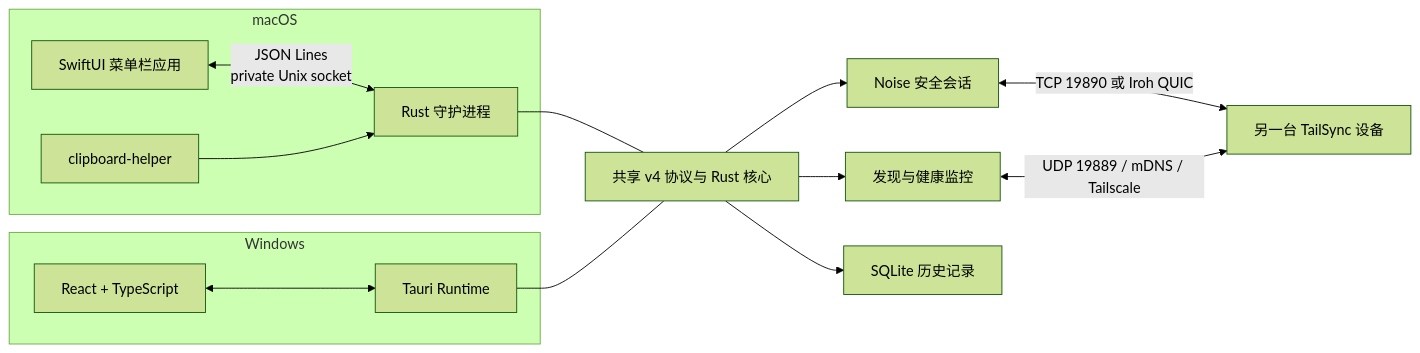
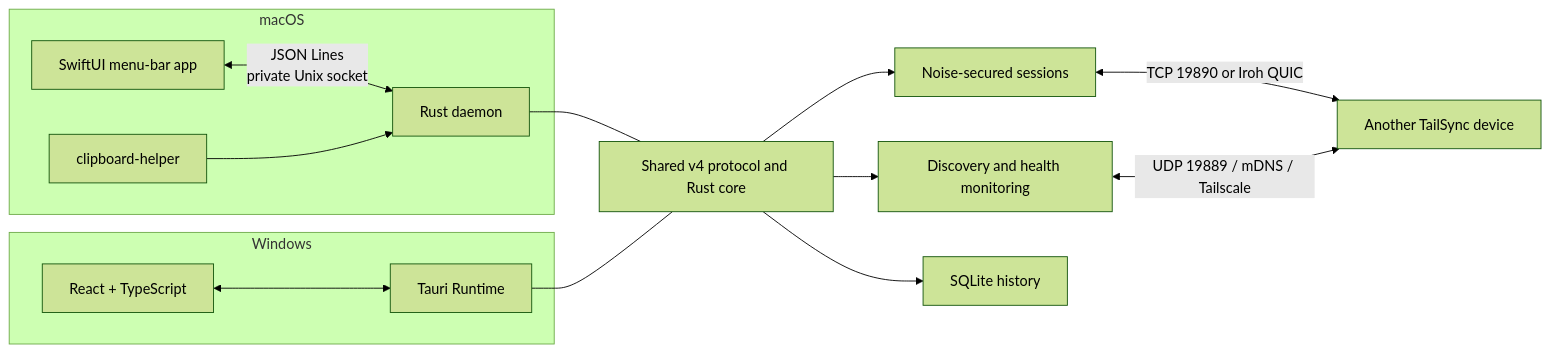
One commit to monet4070/TailSync changed the diagram in README.md. Above: the diagram before and after it, drawn with Mermaid (forest theme). The commit also changed other lines of this file and 5 other files, not shown here.

````diff
--- a/README.md
+++ b/README.md
@@ -71,24 +74,24 @@
 ```mermaid
 flowchart LR
     subgraph Mac[macOS]
-        S[SwiftUI 菜单栏应用]
-        D[Rust 守护进程]
+        S[SwiftUI menu-bar app]
+        D[Rust daemon]
         H[clipboard-helper]
         S <-->|JSON Lines<br/>private Unix socket| D
         H --> D
     end
 
     subgraph Win[Windows]
         R[React + TypeScript]
         T[Tauri Runtime]
         R <--> T
     end
 
-    D --- C[共享 v4 协议与 Rust 核心]
+    D --- C[Shared v4 protocol and Rust core]
     T --- C
-    C --> P[发现与健康监控]
-    C --> N[Noise 安全会话]
-    C --> DB[SQLite 历史记录]
-    N <-->|TCP 19890 或 Iroh QUIC| Peer[另一台 TailSync 设备]
+    C --> P[Discovery and health monitoring]
+    C --> N[Noise-secured sessions]
+    C --> DB[SQLite history]
+    N <-->|TCP 19890 or Iroh QUIC| Peer[Another TailSync device]
     P <-->|UDP 19889 / mDNS / Tailscale| Peer
 ```
````
